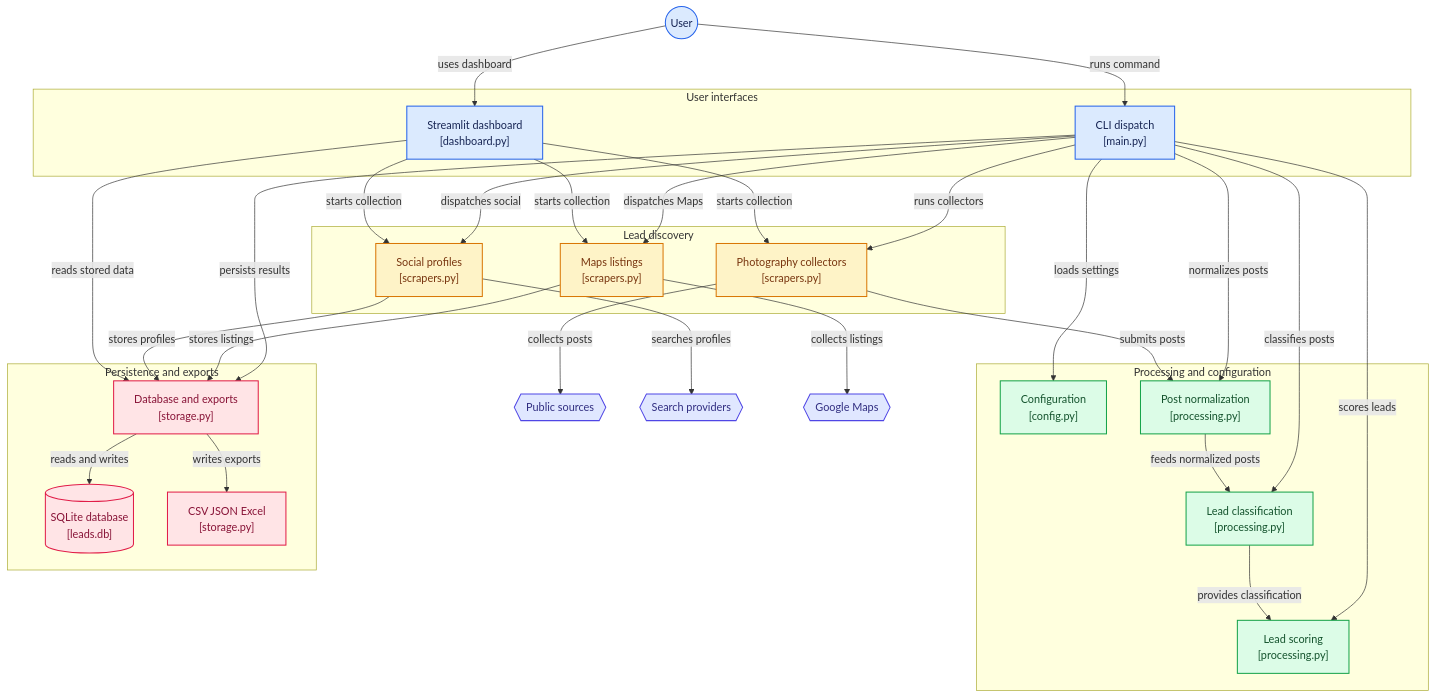
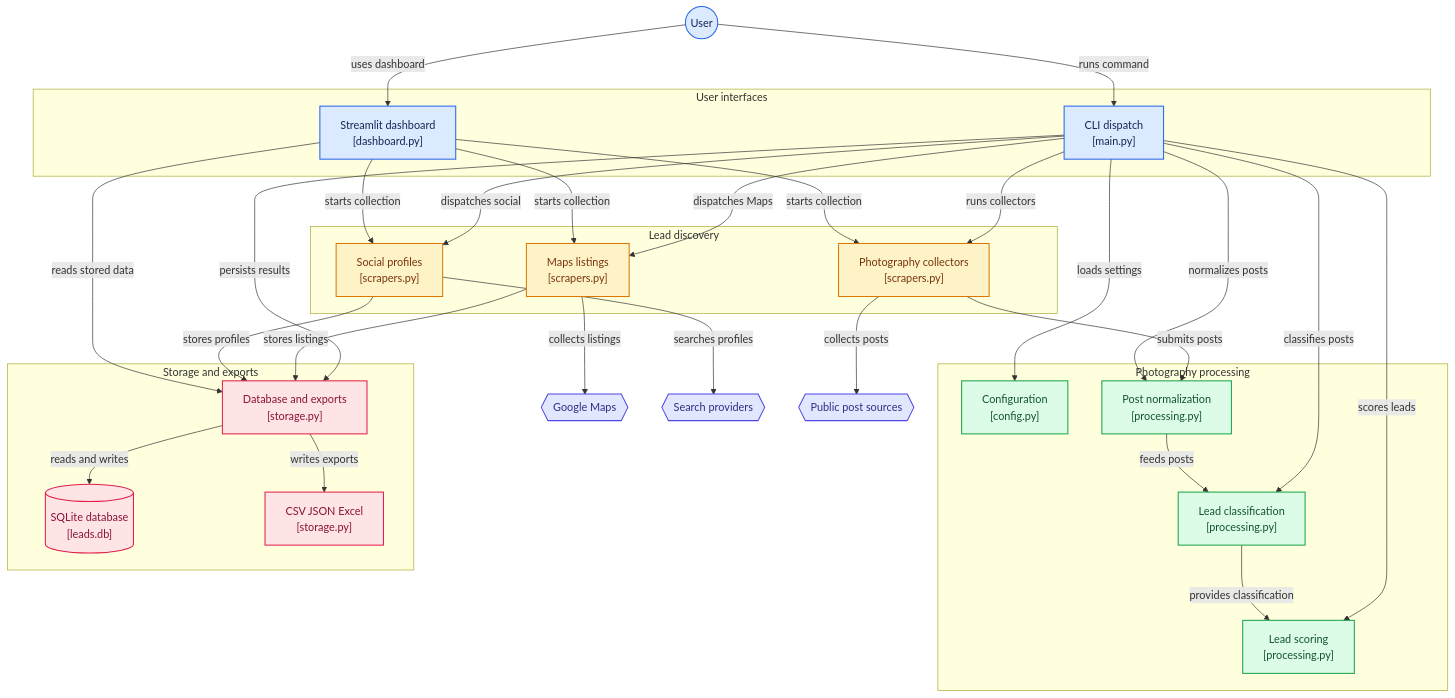
One commit to NYN-05/LEAD_SCRAPER changed the diagram in README.md. Above: the diagram before and after it, drawn with Mermaid.

Commit message:
feat: add lead scraping tools, DB utilities, promo filter fixes, and test suites

````diff
--- a/README.md
+++ b/README.md
@@ -116,23 +116,23 @@
   node_photo["Photography collectors<br/>[scrapers.py]"]
 end
 
-subgraph group_processing["Processing and configuration"]
-  node_settings["Configuration<br/>[config.py]"]
+subgraph group_processing["Photography processing"]
+  node_config["Configuration<br/>[config.py]"]
   node_normalize["Post normalization<br/>[processing.py]"]
   node_classify["Lead classification<br/>[processing.py]"]
   node_score["Lead scoring<br/>[processing.py]"]
 end
 
-subgraph group_persistence["Persistence and exports"]
-  node_database_api["Database and exports<br/>[storage.py]"]
+subgraph group_persistence["Storage and exports"]
+  node_storage["Database and exports<br/>[storage.py]"]
   node_sqlite[("SQLite database<br/>[leads.db]")]
   node_exports["CSV JSON Excel<br/>[storage.py]"]
 end
 
 node_user(("User"))
-node_public_sources{{"Public sources"}}
-node_search_providers{{"Search providers"}}
 node_maps_service{{"Google Maps"}}
+node_search{{"Search providers"}}
+node_public_sources{{"Public post sources"}}
 
 node_user -->|"runs command"| node_cli
 node_user -->|"uses dashboard"| node_dashboard
@@ -142,33 +142,33 @@
 node_dashboard -->|"starts collection"| node_maps
 node_dashboard -->|"starts collection"| node_social
 node_dashboard -->|"starts collection"| node_photo
+node_cli -->|"loads settings"| node_config
 node_maps -->|"collects listings"| node_maps_service
-node_social -->|"searches profiles"| node_search_providers
+node_social -->|"searches profiles"| node_search
 node_photo -->|"collects posts"| node_public_sources
-node_cli -->|"loads settings"| node_settings
+node_photo -->|"submits posts"| node_normalize
 node_cli -->|"normalizes posts"| node_normalize
 node_cli -->|"classifies posts"| node_classify
 node_cli -->|"scores leads"| node_score
-node_photo -->|"submits posts"| node_normalize
-node_normalize -->|"feeds normalized posts"| node_classify
+node_normalize -->|"feeds posts"| node_classify
 node_classify -->|"provides classification"| node_score
-node_cli -->|"persists results"| node_database_api
-node_maps -->|"stores listings"| node_database_api
-node_social -->|"stores profiles"| node_database_api
-node_dashboard -->|"reads stored data"| node_database_api
-node_database_api -->|"reads and writes"| node_sqlite
-node_database_api -->|"writes exports"| node_exports
+node_cli -->|"persists results"| node_storage
+node_maps -->|"stores listings"| node_storage
+node_social -->|"stores profiles"| node_storage
+node_dashboard -->|"reads stored data"| node_storage
+node_storage -->|"reads and writes"| node_sqlite
+node_storage -->|"writes exports"| node_exports
 
 click node_cli "https://github.com/nyn-05/lead_scraper/blob/main/main.py"
 click node_dashboard "https://github.com/nyn-05/lead_scraper/blob/main/lead_scraper/dashboard.py"
+click node_config "https://github.com/nyn-05/lead_scraper/blob/main/lead_scraper/config.py"
 click node_maps "https://github.com/nyn-05/lead_scraper/blob/main/lead_scraper/scrapers.py"
 click node_social "https://github.com/nyn-05/lead_scraper/blob/main/lead_scraper/scrapers.py"
 click node_photo "https://github.com/nyn-05/lead_scraper/blob/main/lead_scraper/scrapers.py"
-click node_settings "https://github.com/nyn-05/lead_scraper/blob/main/lead_scraper/config.py"
 click node_normalize "https://github.com/nyn-05/lead_scraper/blob/main/lead_scraper/processing.py"
 click node_classify "https://github.com/nyn-05/lead_scraper/blob/main/lead_scraper/processing.py"
 click node_score "https://github.com/nyn-05/lead_scraper/blob/main/lead_scraper/processing.py"
-click node_database_api "https://github.com/nyn-05/lead_scraper/blob/main/lead_scraper/storage.py"
+click node_storage "https://github.com/nyn-05/lead_scraper/blob/main/lead_scraper/storage.py"
 click node_sqlite "https://github.com/nyn-05/lead_scraper/blob/main/data/leads.db"
 click node_exports "https://github.com/nyn-05/lead_scraper/blob/main/lead_scraper/storage.py"
 
@@ -181,7 +181,7 @@
 classDef toneTeal fill:#ccfbf1,stroke:#0f766e,stroke-width:1.5px,color:#134e4a
 class node_cli,node_dashboard,node_user toneBlue
 class node_maps,node_social,node_photo toneAmber
-class node_settings,node_normalize,node_classify,node_score toneMint
-class node_database_api,node_sqlite,node_exports toneRose
-class node_public_sources,node_search_providers,node_maps_service toneIndigo
+class node_config,node_normalize,node_classify,node_score toneMint
+class node_storage,node_sqlite,node_exports toneRose
+class node_maps_service,node_search,node_public_sources toneIndigo
 ```
````
